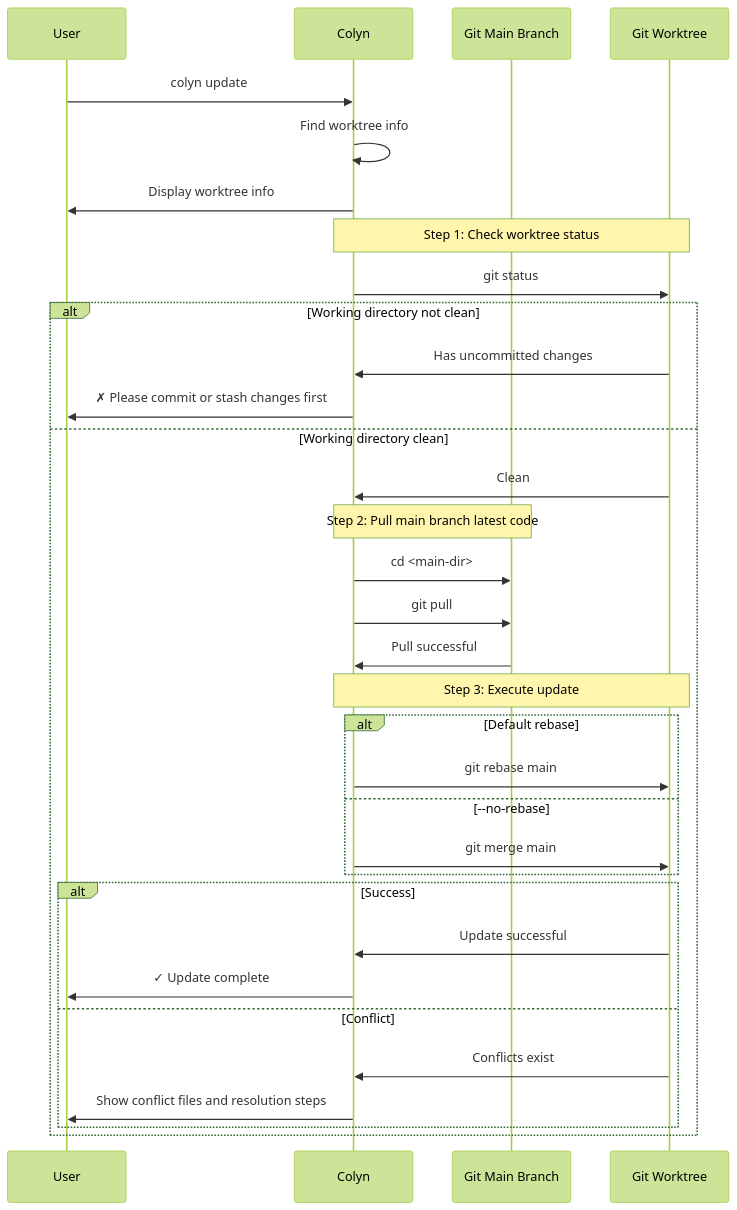
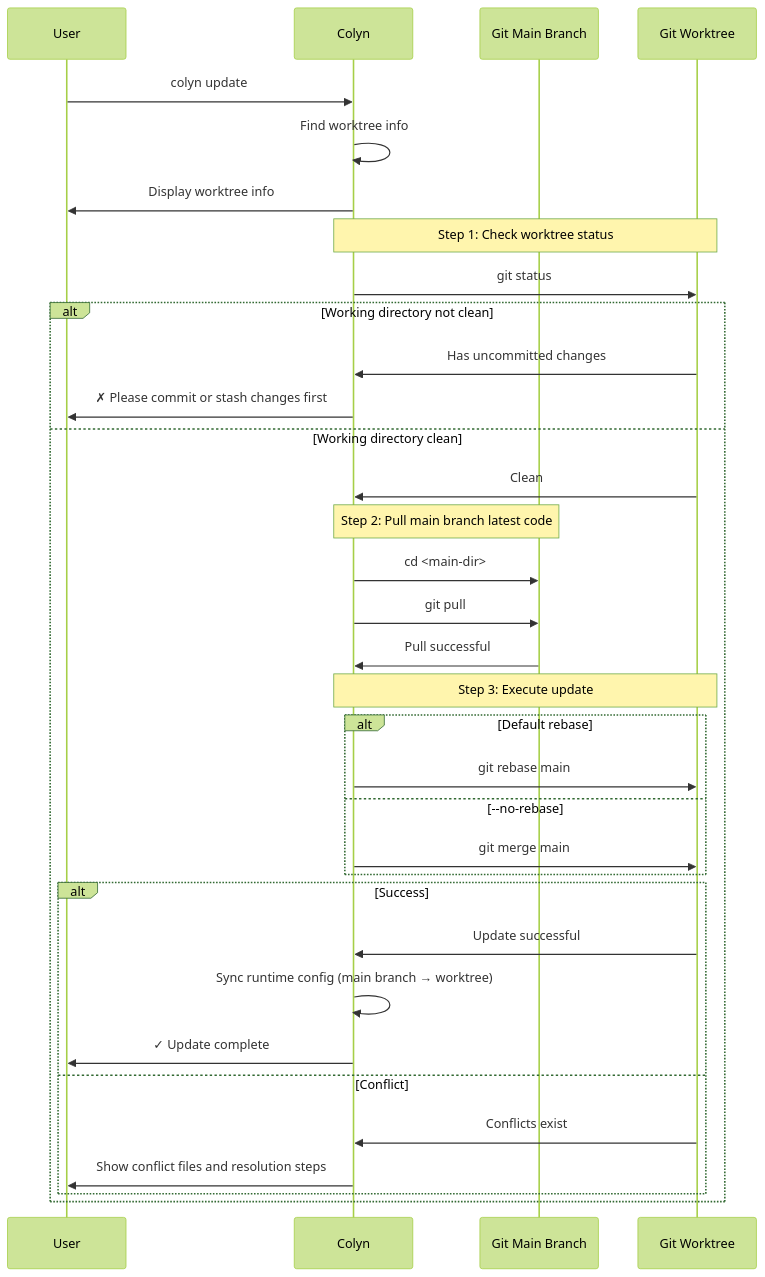
The third of 4 diagrams in docs/en/develop/design/commands/design-update-command.md (colin-han/colyn), drawn with Mermaid (forest theme) before and after one commit. The commit also changed other lines of this file and 17 other files, not shown here.

````diff
--- a/docs/en/develop/design/commands/design-update-command.md
+++ b/docs/en/develop/design/commands/design-update-command.md
@@ -296,42 +296,43 @@
 ```mermaid
 sequenceDiagram
     participant U as User
     participant C as Colyn
     participant M as Git Main Branch
     participant WT as Git Worktree
 
     U->>C: colyn update
 
     C->>C: Find worktree info
     C->>U: Display worktree info
 
     Note over C,WT: Step 1: Check worktree status
     C->>WT: git status
 
     alt Working directory not clean
         WT->>C: Has uncommitted changes
         C->>U: ✗ Please commit or stash changes first
     else Working directory clean
         WT->>C: Clean
 
         Note over C,M: Step 2: Pull main branch latest code
         C->>M: cd <main-dir>
         C->>M: git pull
         M->>C: Pull successful
 
         Note over C,WT: Step 3: Execute update
         alt Default rebase
             C->>WT: git rebase main
         else --no-rebase
             C->>WT: git merge main
         end
 
         alt Success
             WT->>C: Update successful
+            C->>C: Sync runtime config (main branch → worktree)
             C->>U: ✓ Update complete
         else Conflict
             WT->>C: Conflicts exist
             C->>U: Show conflict files and resolution steps
         end
     end
 ```
````
